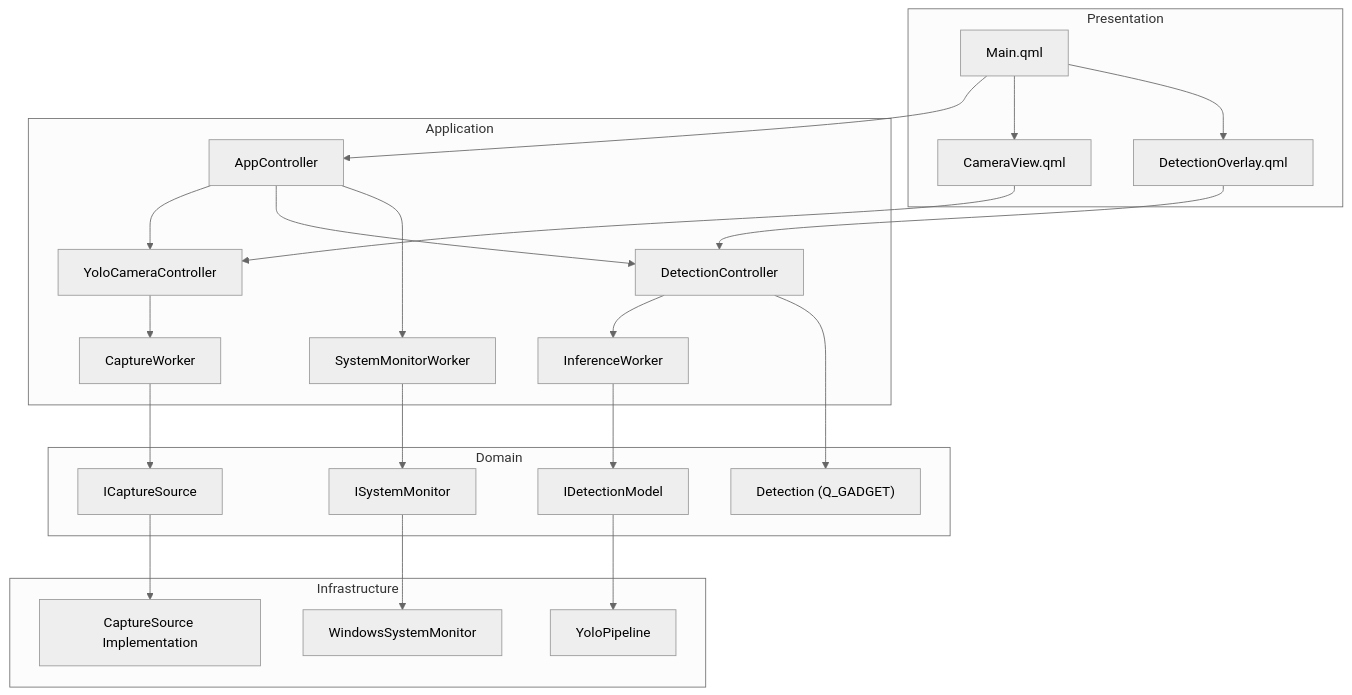
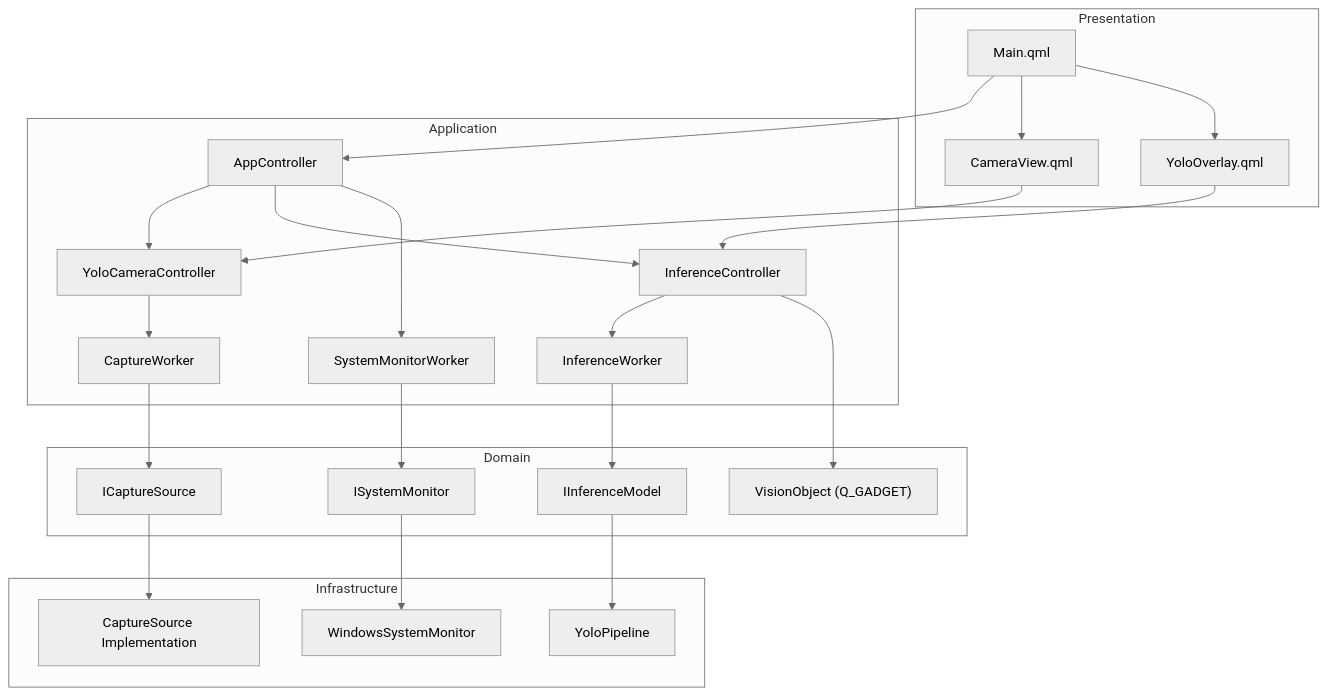
The diagram in docs/1_clean-architecture.md (andhiyaulhaq/QtQML-YOLOApp), drawn with Mermaid (neutral theme) before and after one commit. The commit also changed other lines of this file and 37 other files, not shown here.

First line of the commit message:
refactor: rename detection feature to inference

````diff
--- a/docs/1_clean-architecture.md
+++ b/docs/1_clean-architecture.md
@@ -346,53 +338,53 @@
 ```mermaid
 graph TD
     subgraph Presentation
         Main["Main.qml"]
         CamView["CameraView.qml"]
-        DetOverlay["DetectionOverlay.qml"]
+        DetOverlay["YoloOverlay.qml"]
     end
 
     subgraph Application
         AppCtrl["AppController"]
         CamCtrl["YoloCameraController"]
-        DetCtrl["DetectionController"]
+        DetCtrl["InferenceController"]
         CaptureW["CaptureWorker"]
         InferW["InferenceWorker"]
         MonitorW["SystemMonitorWorker"]
     end
 
     subgraph Domain
         ICapSrc["ICaptureSource"]
-        IDetModel["IDetectionModel"]
+        IInfModel["IInferenceModel"]
         ISysMon["ISystemMonitor"]
-        DetectionD["Detection (Q_GADGET)"]
+        VisionObj["VisionObject (Q_GADGET)"]
     end
 
     subgraph Infrastructure
         CaptureSrc["CaptureSource Implementation"]
         YoloPipe["YoloPipeline"]
         WinMon["WindowsSystemMonitor"]
     end
 
     Main --> AppCtrl
     Main --> CamView
     Main --> DetOverlay
 
     AppCtrl --> CamCtrl
     AppCtrl --> DetCtrl
 
     CamCtrl --> CaptureW
     DetCtrl --> InferW
     AppCtrl --> MonitorW
 
     CaptureW --> ICapSrc
-    InferW --> IDetModel
+    InferW --> IInfModel
     MonitorW --> ISysMon
 
     ICapSrc --> CaptureSrc
-    IDetModel --> YoloPipe
+    IInfModel --> YoloPipe
     ISysMon --> WinMon
 
-    DetCtrl --> DetectionD
+    DetCtrl --> VisionObj
     DetOverlay --> DetCtrl
     CamView --> CamCtrl
 ```
````
